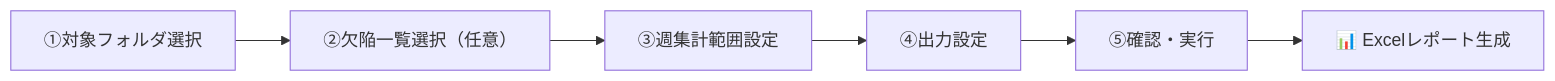
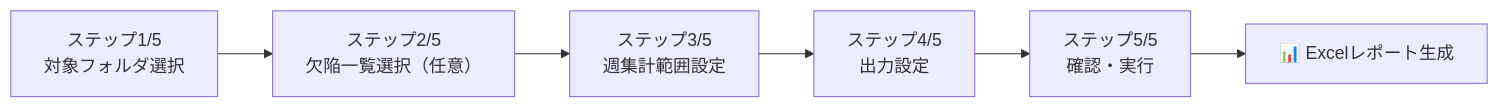
One commit to makio-dev/test-progress-collector changed the first of 4 diagrams in docs/マニュアル.md. Above: the diagram before and after it, drawn with Mermaid. The commit also changed other lines of this file and 2 other files, not shown here.

First line of the commit message:
ドキュメント修正: Mermaidの改行を <br/> に変更

````diff
--- a/docs/マニュアル.md
+++ b/docs/マニュアル.md
@@ -133,8 +133,8 @@
 ```mermaid
 flowchart LR
-    S1["①対象フォルダ選択"] --> S2["②欠陥一覧選択（任意）"]
-    S2 --> S3["③週集計範囲設定"]
-    S3 --> S4["④出力設定"]
-    S4 --> S5["⑤確認・実行"]
+    S1["ステップ1/5<br/>対象フォルダ選択"] --> S2["ステップ2/5<br/>欠陥一覧選択（任意）"]
+    S2 --> S3["ステップ3/5<br/>週集計範囲設定"]
+    S3 --> S4["ステップ4/5<br/>出力設定"]
+    S4 --> S5["ステップ5/5<br/>確認・実行"]
     S5 --> OUT["📊 Excelレポート生成"]
 ```
````
